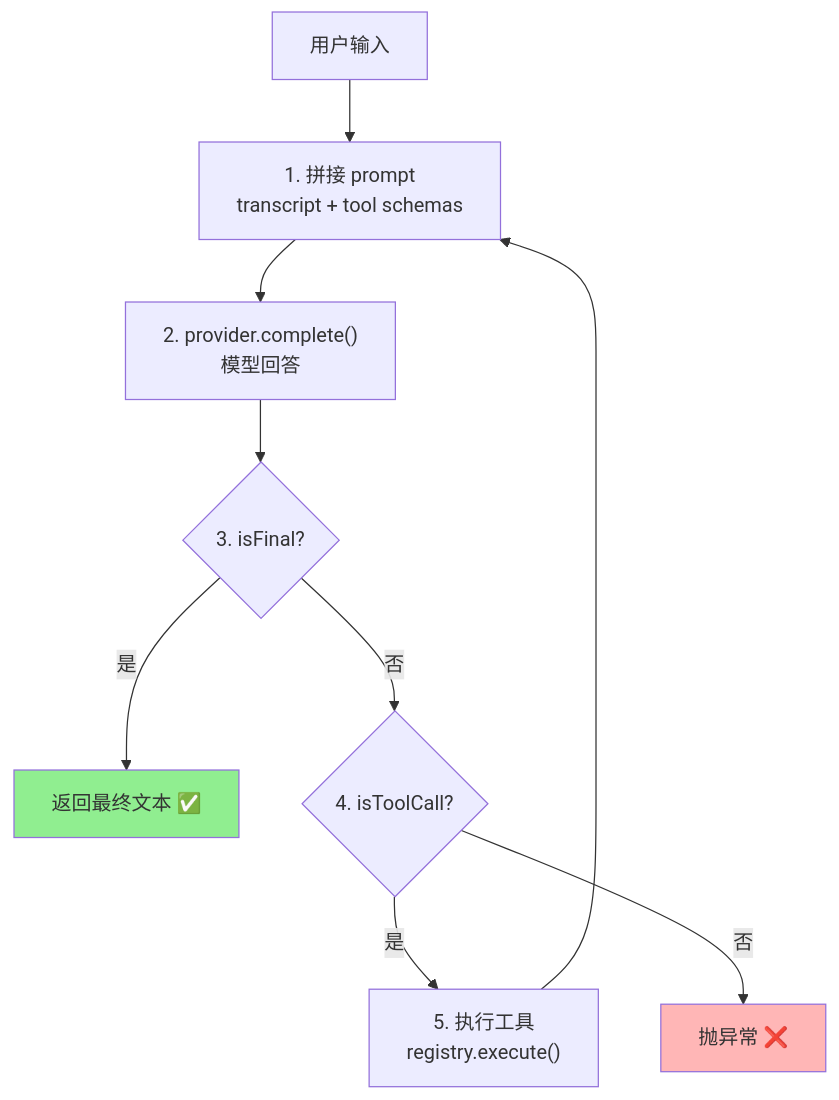
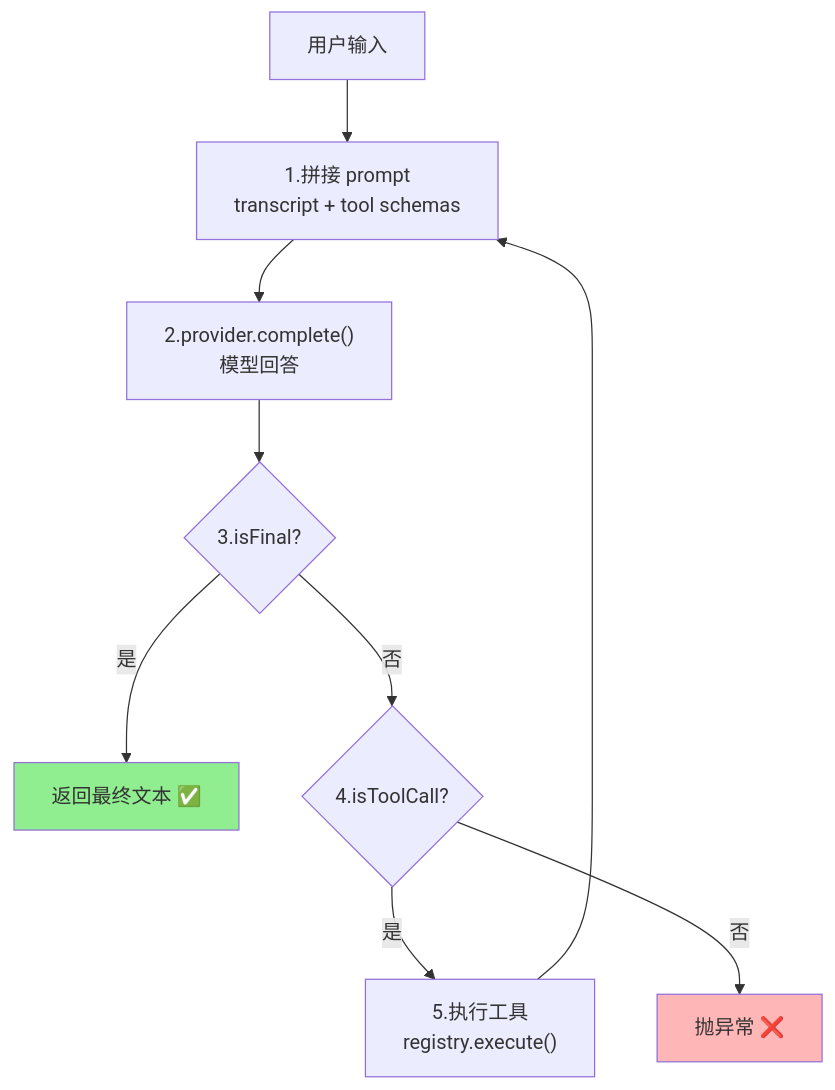
Before and after one commit to erichow/agent-harness: the diagram in docs/ch02-minimal-loop.md, drawn with Mermaid. The commit also changed 5 other files, not shown here.

Commit message:
fix: polish Mermaid diagrams in ch02/ch04/ch05/ch07/ch08 + fix ch13 test

````diff
--- a/docs/ch02-minimal-loop.md
+++ b/docs/ch02-minimal-loop.md
@@ -16,14 +16,14 @@
 ```mermaid
 flowchart TB
-    Input[用户输入] --> Build["1. 拼接 prompt<br/>transcript + tool schemas"]
-    Build --> Complete["2. provider.complete()<br/>模型回答"]
-    Complete --> CheckFinal{"3. isFinal?"}
+    Input[用户输入] --> Build["1.拼接 prompt<br/>transcript + tool schemas"]
+    Build --> Complete["2.provider.complete()<br/>模型回答"]
+    Complete --> CheckFinal{"3.isFinal?"}
     CheckFinal -->|是| Output[返回最终文本 ✅]
-    CheckFinal -->|否| CheckTool{"4. isToolCall?"}
-    CheckTool -->|是| Execute["5. 执行工具<br/>registry.execute()"]
+    CheckFinal -->|否| CheckTool{"4.isToolCall?"}
+    CheckTool -->|是| Execute["5.执行工具<br/>registry.execute()"]
     CheckTool -->|否| Error[抛异常 ❌]
     Execute --> Build
     
     style Output fill:#90EE90
     style Error fill:#FFB6B6
 ```
````
